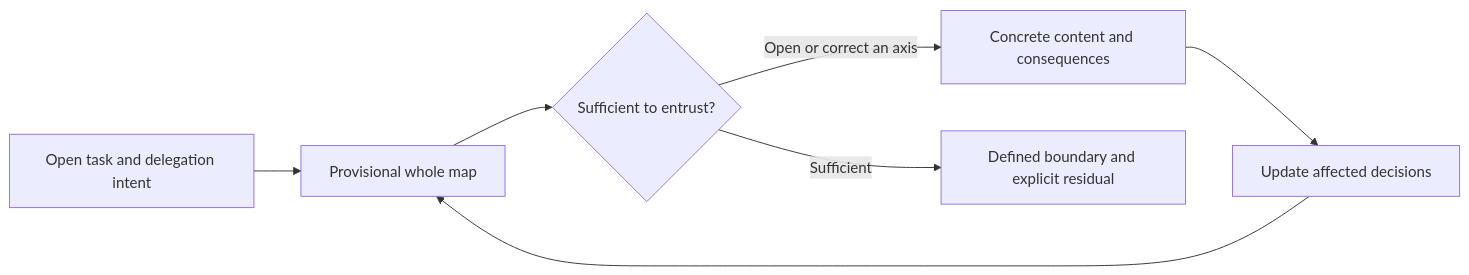
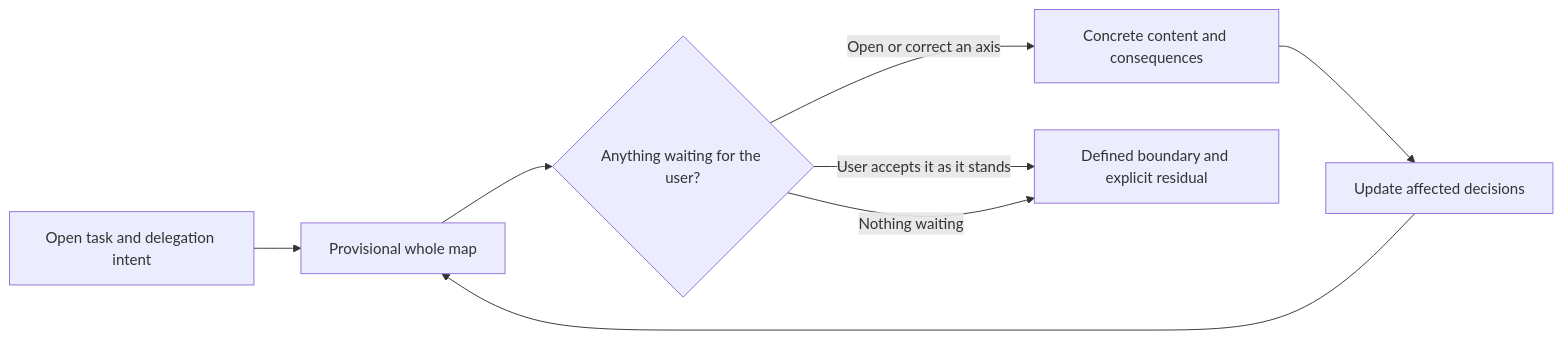
Before and after one commit to jongwony/epistemic-protocols: the diagram in horismos/README.md, drawn with Mermaid. The commit also changed other lines of this file and 4 other files, not shown here.

````diff
--- a/horismos/README.md
+++ b/horismos/README.md
@@ -9,9 +9,10 @@
 ```mermaid
 flowchart LR
     A[Open task and delegation intent] --> B[Provisional whole map]
-    B --> C{Sufficient to entrust?}
+    B --> C{Anything waiting for the user?}
     C -->|Open or correct an axis| D[Concrete content and consequences]
     D --> E[Update affected decisions]
     E --> B
-    C -->|Sufficient| F[Defined boundary and explicit residual]
+    C -->|User accepts it as it stands| F[Defined boundary and explicit residual]
+    C -->|Nothing waiting| F
 ```
````
